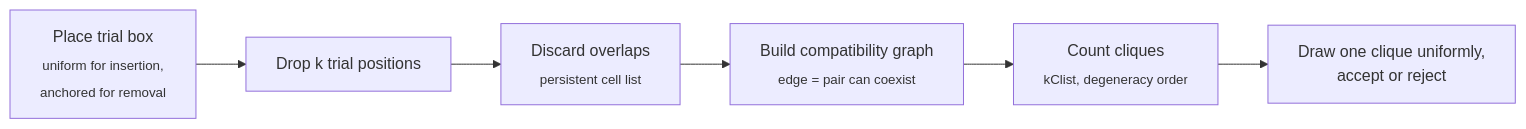
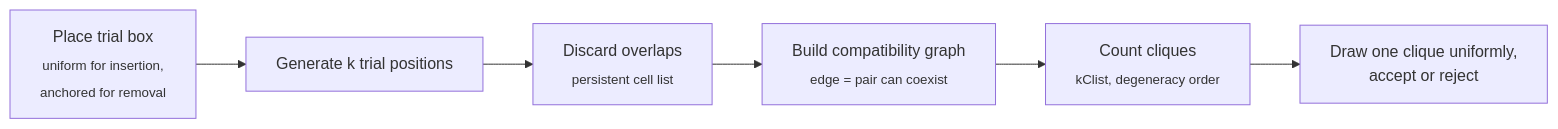
Before and after one commit to Stein-Group/branch-mc: the first of 2 diagrams in README.md, drawn with Mermaid. The commit also changed other lines of this file, not shown here.

````diff
--- a/README.md
+++ b/README.md
@@ -38,8 +38,8 @@
 ```mermaid
 flowchart LR
-  A["Place trial box<br/><sub>uniform for insertion,<br/>anchored for removal</sub>"] --> B["Drop k trial positions"]
+  A["Place trial box<br/><sub>uniform for insertion,<br/>anchored for removal</sub>"] --> B["Generate k trial positions"]
   B --> C["Discard overlaps<br/><sub>persistent cell list</sub>"]
   C --> D["Build compatibility graph<br/><sub>edge = pair can coexist</sub>"]
   D --> E["Count cliques<br/><sub>kClist, degeneracy order</sub>"]
   E --> F["Draw one clique uniformly,<br/>accept or reject"]
 ```
````
